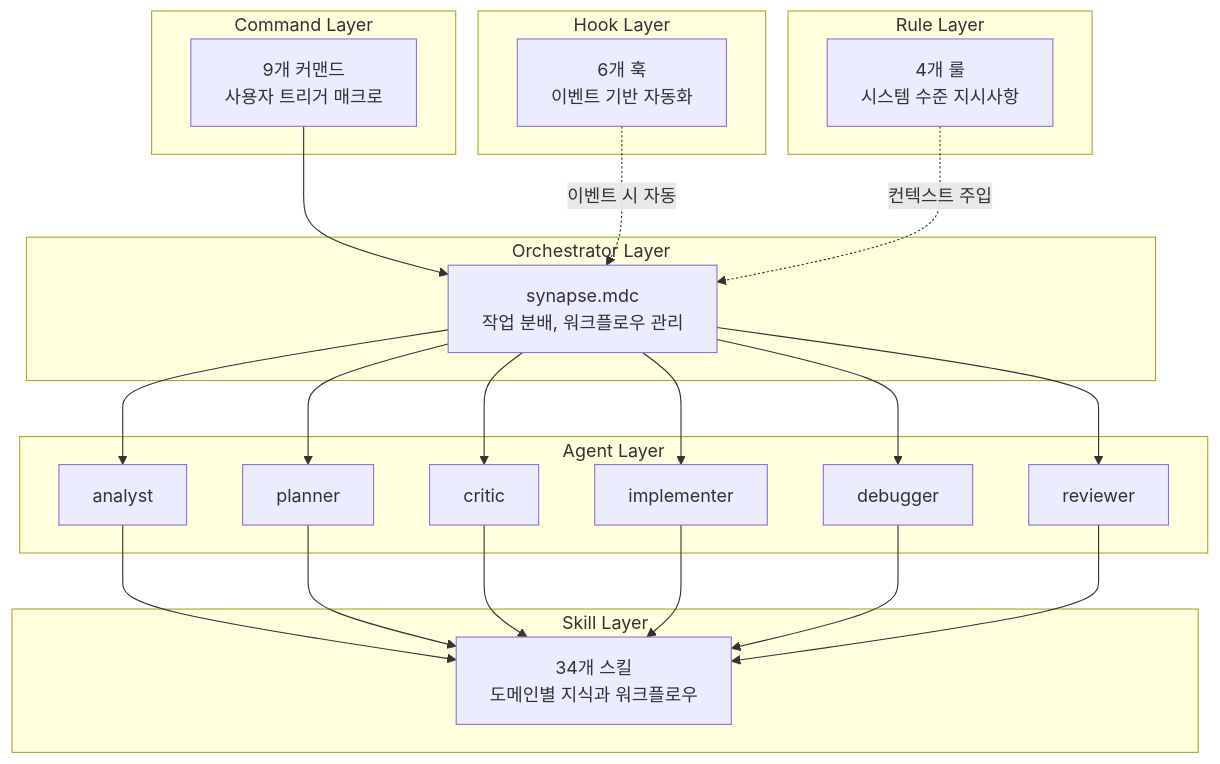
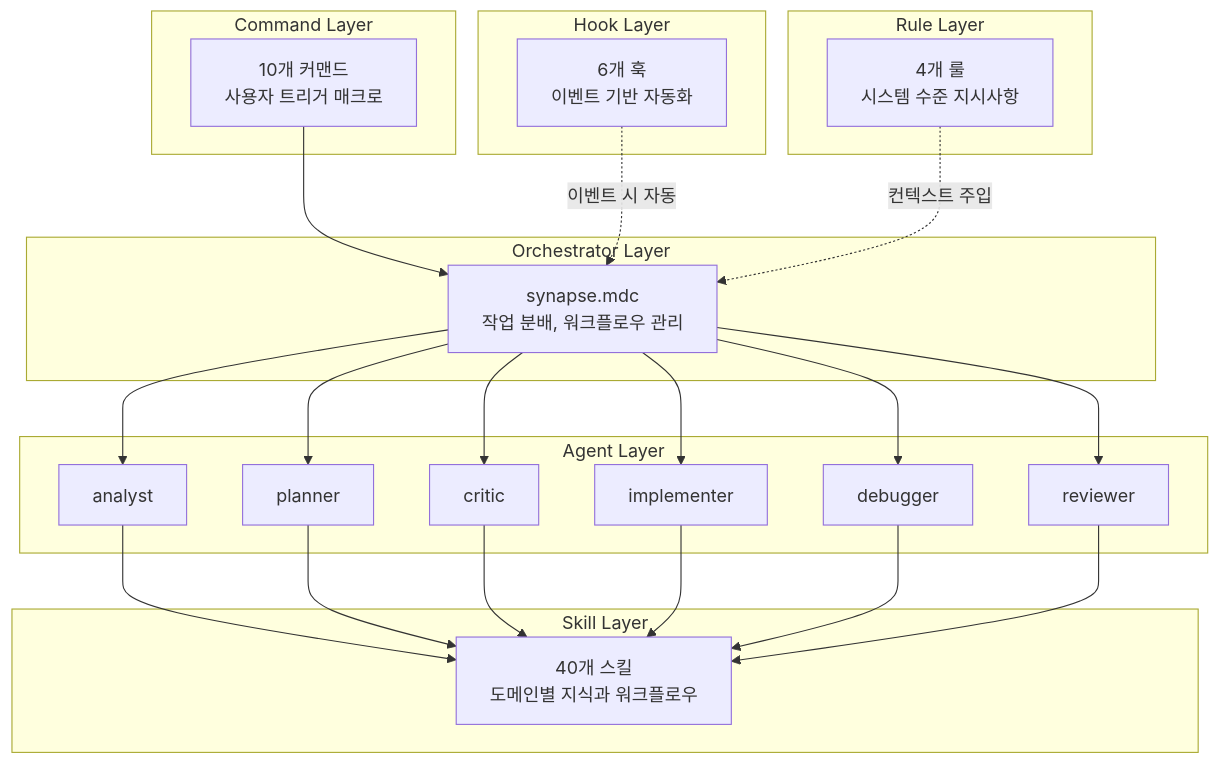
One commit to Jimmy-Jung/cursor_symbiote changed the second of 2 diagrams in Documents/02-architecture.md. Above: the diagram before and after it, drawn with Mermaid. The commit also changed 1 other file, not shown here.

Commit message:
docs: update component counts across all documentation
Update counts to reflect current state: 18 agents, 40 skills, 20
commands, 6 hooks. Add explorer and monitor agents, Task Master
commands (tm-*), and new skill categories to all architecture and
structure documents.

Made-with: Cursor

````diff
--- a/Documents/02-architecture.md
+++ b/Documents/02-architecture.md
@@ -32,37 +32,37 @@
 ```mermaid
 flowchart TB
     subgraph Orchestrator["Orchestrator Layer"]
         SYN["synapse.mdc<br/>작업 분배, 워크플로우 관리"]
     end
     
     subgraph Agents["Agent Layer"]
         AN[analyst]
         PL[planner]
         CR[critic]
         IM[implementer]
         DB[debugger]
         RV[reviewer]
     end
     
     subgraph Skills["Skill Layer"]
-        SK["34개 스킬<br/>도메인별 지식과 워크플로우"]
+        SK["40개 스킬<br/>도메인별 지식과 워크플로우"]
     end
     
     subgraph Commands["Command Layer"]
-        CMD["9개 커맨드<br/>사용자 트리거 매크로"]
+        CMD["10개 커맨드<br/>사용자 트리거 매크로"]
     end
     
     subgraph Hooks["Hook Layer"]
         HK["6개 훅<br/>이벤트 기반 자동화"]
     end
     
     subgraph Rules["Rule Layer"]
         RL["4개 룰<br/>시스템 수준 지시사항"]
     end
     
     SYN --> AN & PL & CR & IM & DB & RV
     AN & PL & CR & IM & DB & RV --> SK
     CMD --> SYN
     HK -.->|이벤트 시 자동| SYN
     RL -.->|컨텍스트 주입| SYN
 ```
````
